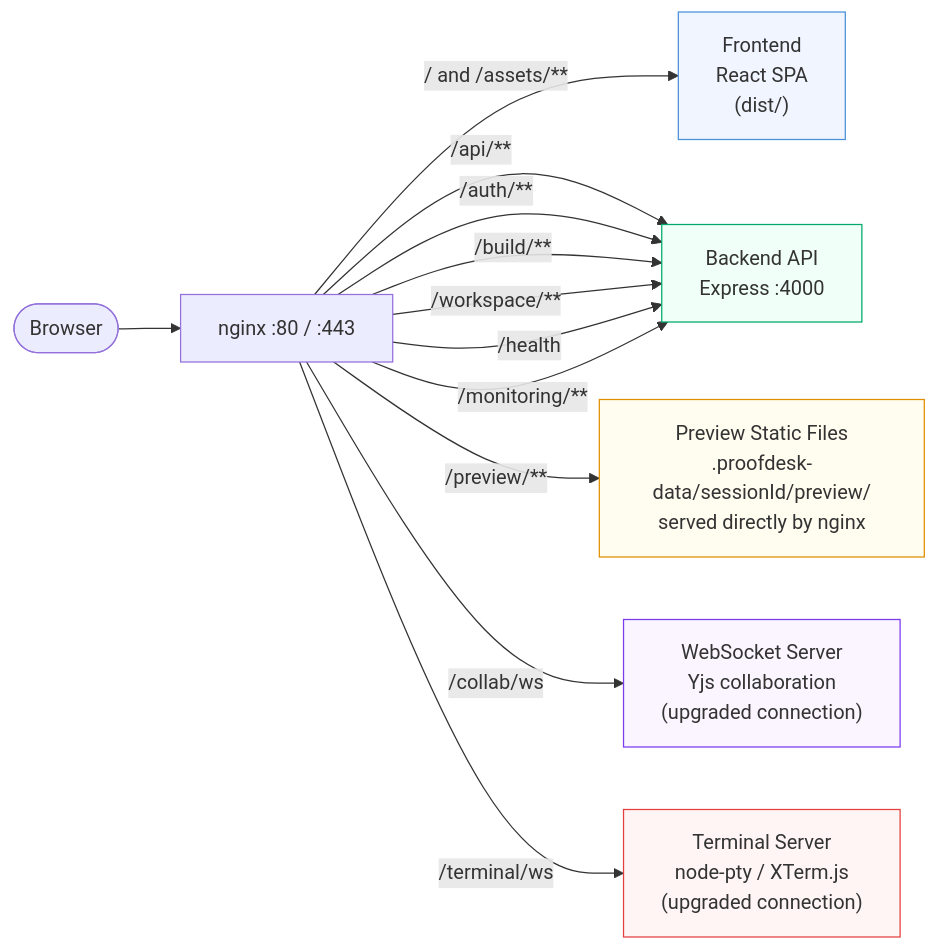
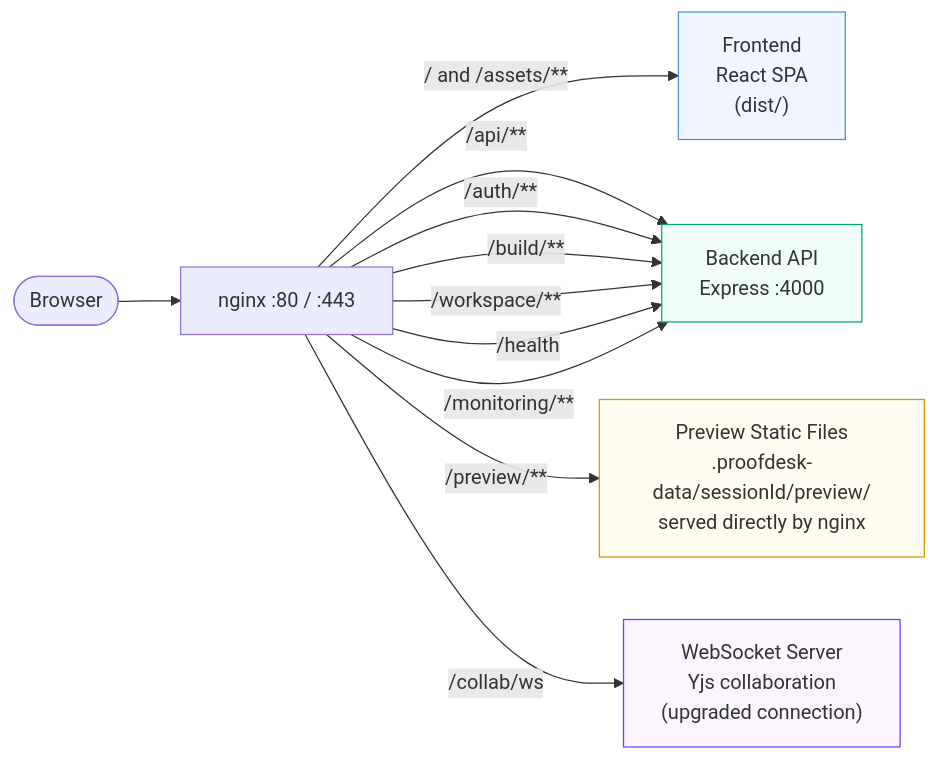
Before and after one commit to harsharajkumar-273/Proofdesk: the ninth of 10 diagrams in docs/system-design.md, drawn with Mermaid. The commit also changed other lines of this file and 39 other files, not shown here.

````diff
--- a/docs/system-design.md
+++ b/docs/system-design.md
@@ -360,21 +340,19 @@
 ```mermaid
 flowchart LR
     Client([Browser]) --> Nginx[nginx :80 / :443]
 
     Nginx -->|"/ and /assets/**"| FE["Frontend\nReact SPA\n(dist/)"]
     Nginx -->|"/api/**"| API["Backend API\nExpress :4000"]
     Nginx -->|"/auth/**"| API
     Nginx -->|"/build/**"| API
     Nginx -->|"/workspace/**"| API
     Nginx -->|"/preview/**"| PREV["Preview Static Files\n.proofdesk-data/sessionId/preview/\nserved directly by nginx"]
     Nginx -->|"/collab/ws"| WS["WebSocket Server\nYjs collaboration\n(upgraded connection)"]
-    Nginx -->|"/terminal/ws"| TERM["Terminal Server\nnode-pty / XTerm.js\n(upgraded connection)"]
     Nginx -->|"/health"| API
     Nginx -->|"/monitoring/**"| API
 
     style FE fill:#f0f5ff,stroke:#4a90d9
     style API fill:#f0fff8,stroke:#00a86b
     style PREV fill:#fffdf0,stroke:#e08e00
     style WS fill:#faf5ff,stroke:#7c3aed
-    style TERM fill:#fff5f5,stroke:#e53e3e
 ```
````
